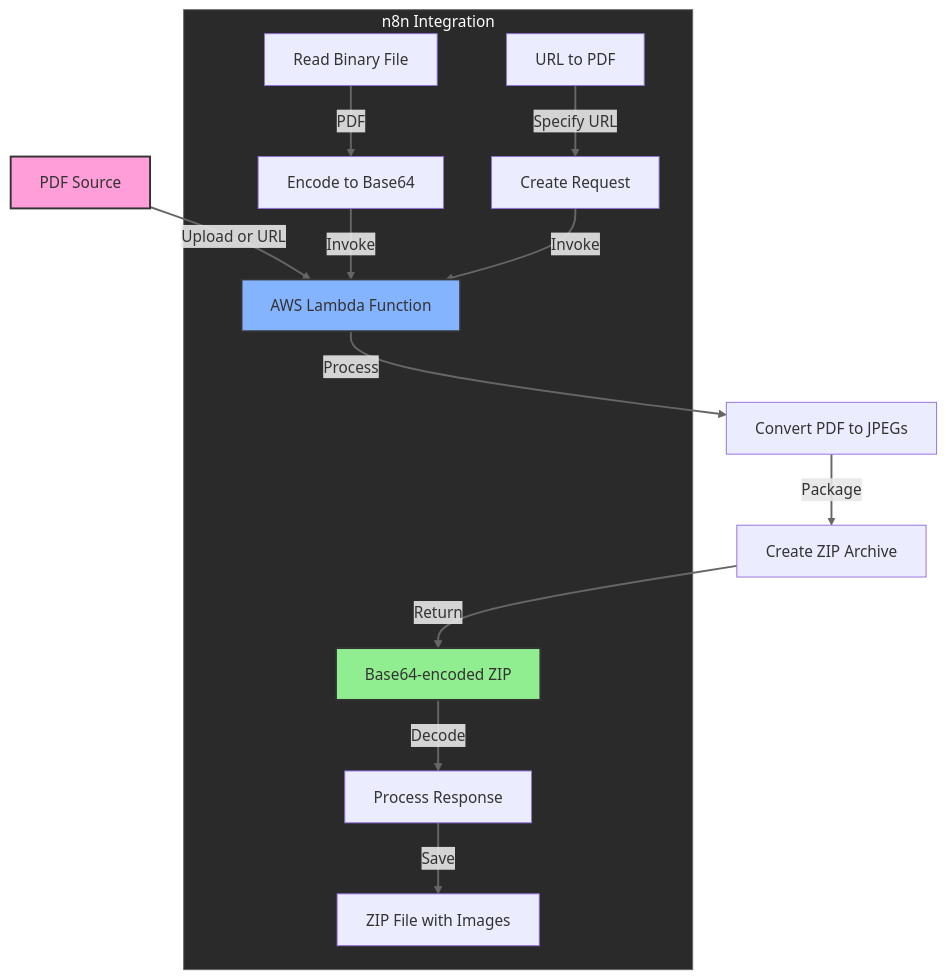
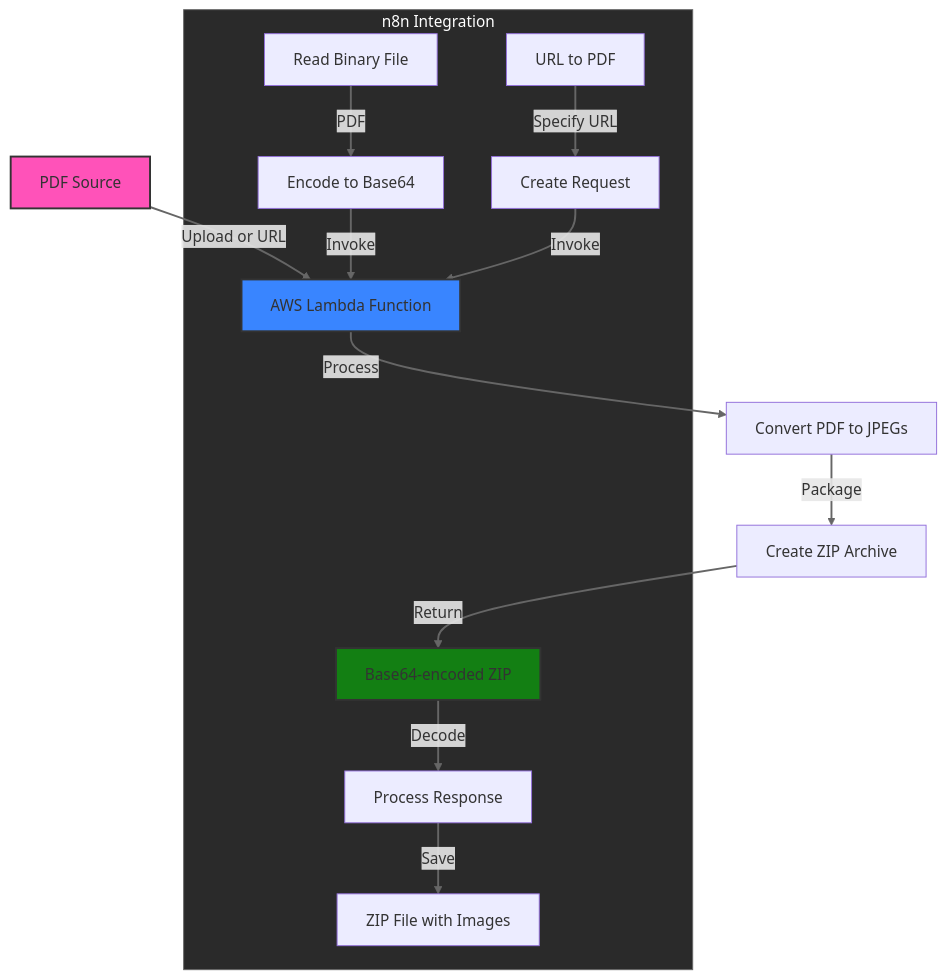
Before and after one commit to LeurisMorel/lambda-pdf-converter: the diagram in README.md, drawn with Mermaid. The commit also changed other lines of this file, not shown here.

Commit message:
updated readme colors

````diff
--- a/README.md
+++ b/README.md
@@ -46,22 +48,22 @@
 ```mermaid
 graph TD
     A[PDF Source] -->|Upload or URL| B[AWS Lambda Function]
     B -->|Process| C[Convert PDF to JPEGs]
     C -->|Package| D[Create ZIP Archive]
     D -->|Return| E[Base64-encoded ZIP]
     
     subgraph n8n["n8n Integration"]
         F[Read Binary File] -->|PDF| G[Encode to Base64]
         H[URL to PDF] -->|Specify URL| I[Create Request]
         G -->|Invoke| B
         I -->|Invoke| B
         E -->|Decode| J[Process Response]
         J -->|Save| K[ZIP File with Images]
     end
     
-    style A fill:#ff9ed8,stroke:#333,stroke-width:2px
-    style B fill:#85b4ff,stroke:#333,stroke-width:2px
-    style E fill:#90EE90,stroke:#333,stroke-width:2px
+    style A fill:#ff52b9,stroke:#333,stroke-width:2px
+    style B fill:#3985ff,stroke:#333,stroke-width:2px
+    style E fill:#137f13,stroke:#333,stroke-width:2px
     style n8n fill:#2A2A2A,stroke:#666,color:#fff
     linkStyle default stroke:#666,stroke-width:2px
 ```
````
